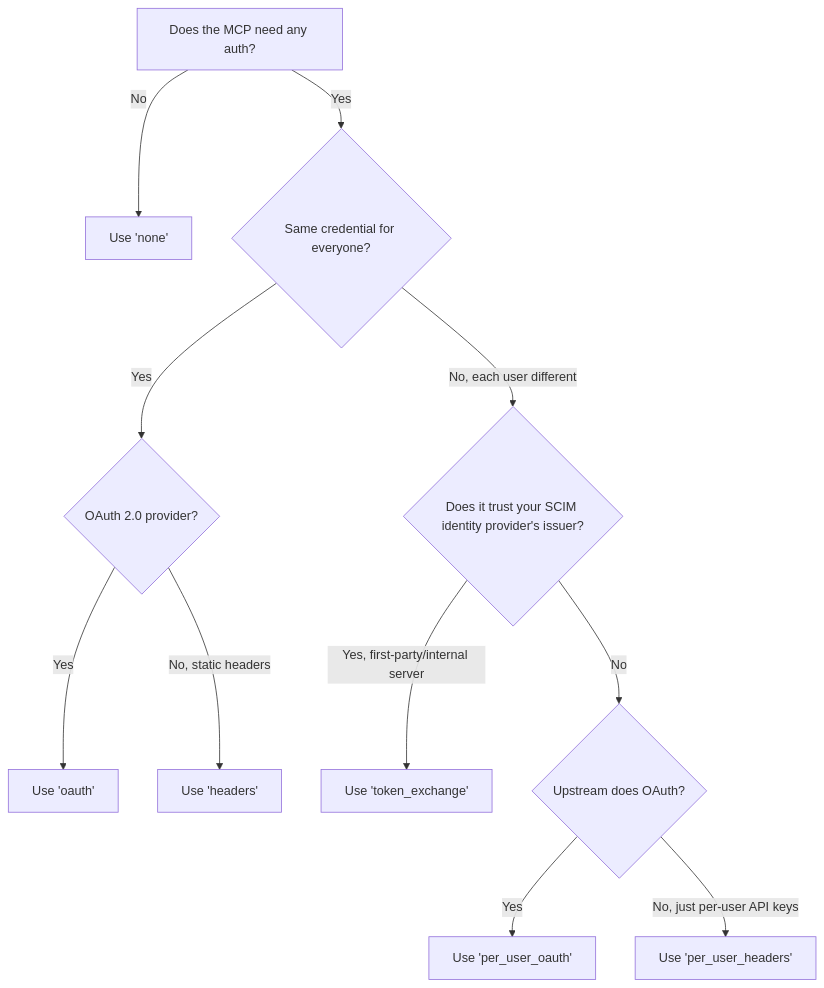
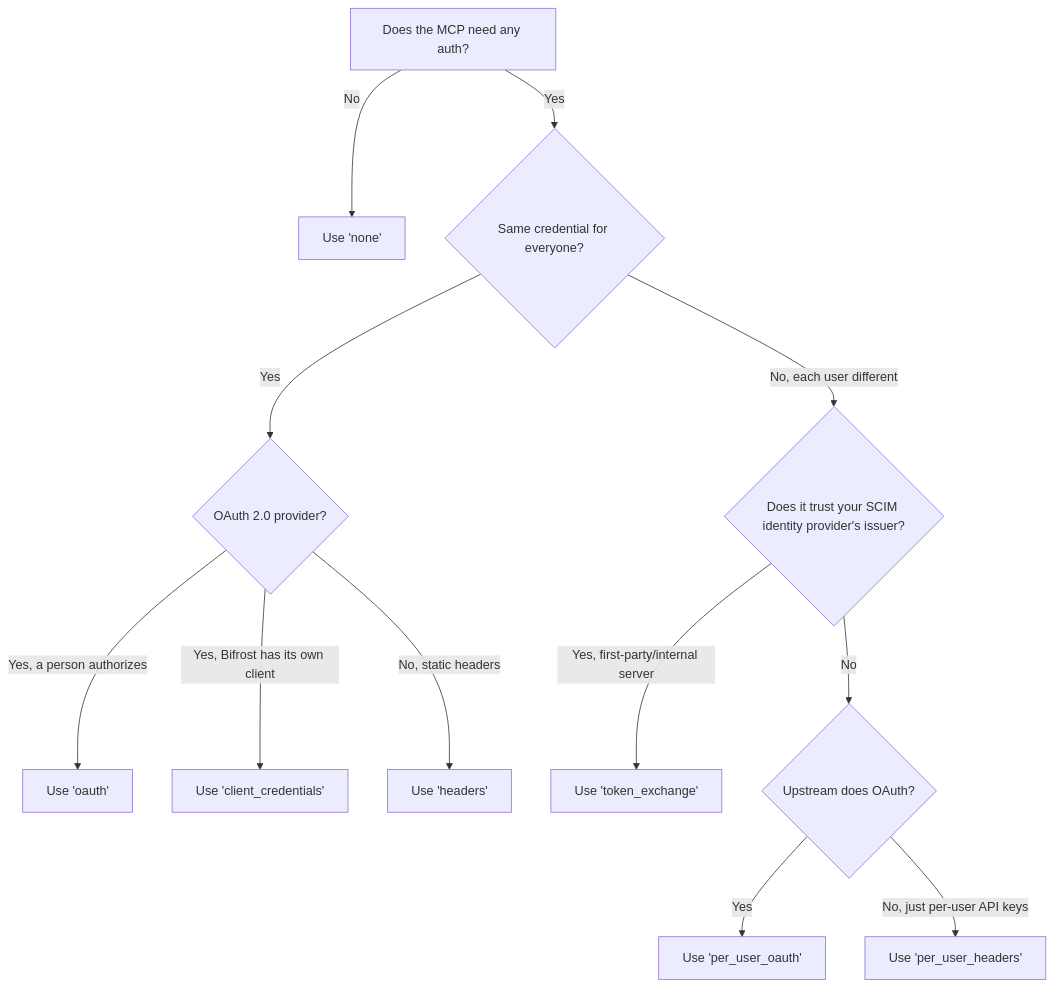
One commit to maximhq/bifrost changed the diagram in docs/mcp/auth/overview.mdx. Above: the diagram before and after it, drawn with Mermaid. The commit also changed other lines of this file and 8 other files, not shown here.

Commit message:
docs: OAuth client credentials for upstream MCP servers

````diff
--- a/docs/mcp/auth/overview.mdx
+++ b/docs/mcp/auth/overview.mdx
@@ -65,13 +67,14 @@
 ```mermaid
 flowchart TD
     A[Does the MCP need any auth?] -->|No| N[Use 'none']
     A -->|Yes| B{Same credential for everyone?}
     B -->|Yes| C{OAuth 2.0 provider?}
     B -->|No, each user different| D{Does it trust your SCIM identity provider's issuer?}
-    C -->|Yes| O[Use 'oauth']
+    C -->|Yes, a person authorizes| O[Use 'oauth']
+    C -->|Yes, Bifrost has its own client| CC[Use 'client_credentials']
     C -->|No, static headers| H[Use 'headers']
     D -->|Yes, first-party/internal server| TE[Use 'token_exchange']
     D -->|No| E{Upstream does OAuth?}
     E -->|Yes| PO[Use 'per_user_oauth']
     E -->|No, just per-user API keys| PH[Use 'per_user_headers']
 ```
````
